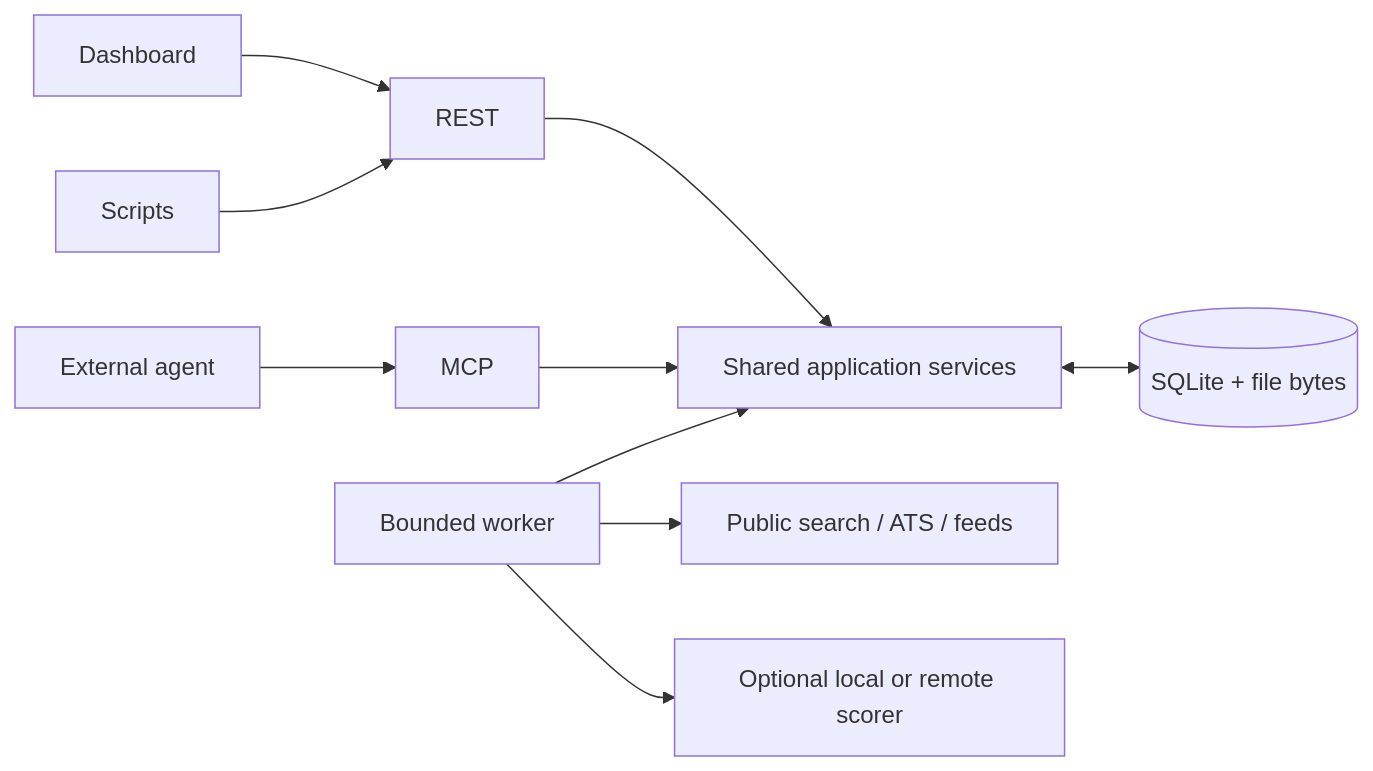
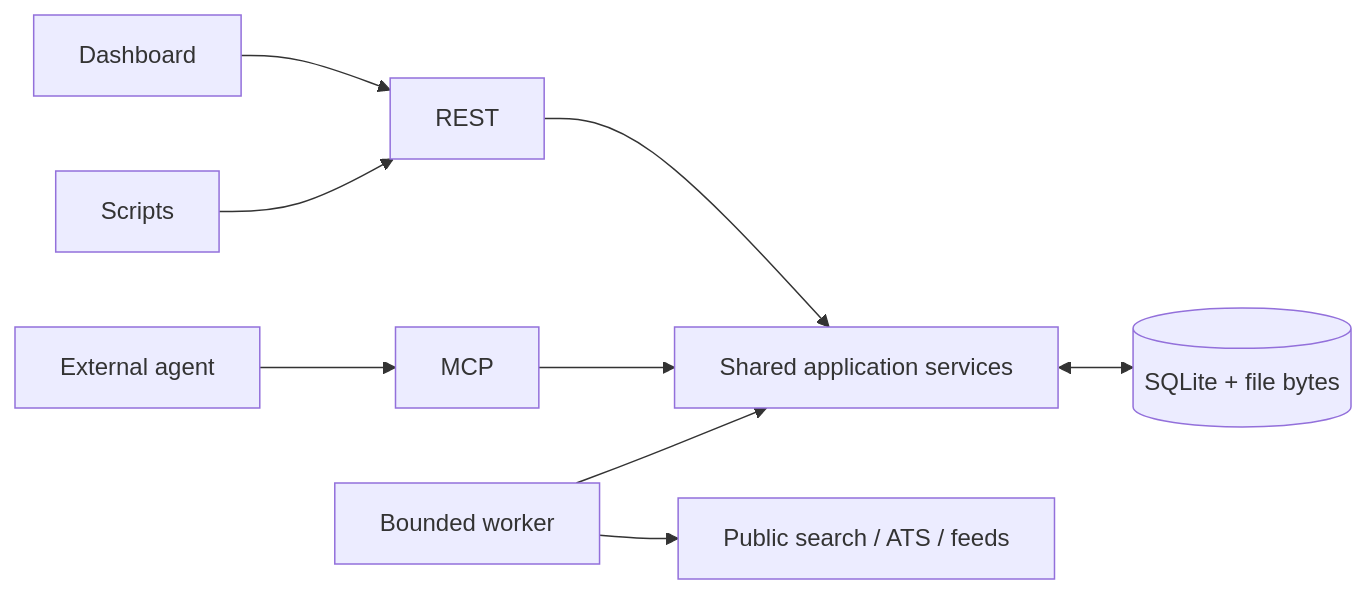
The diagram in docs/developer/architecture.md (VincenzoImp/openings), drawn with Mermaid before and after one commit. The commit also changed other lines of this file and 69 other files, not shown here.

````diff
--- a/docs/developer/architecture.md
+++ b/docs/developer/architecture.md
@@ -7,12 +6,11 @@
 ```mermaid
 flowchart LR
   Human[Dashboard] --> REST
   Scripts --> REST
   Agent[External agent] --> MCP
   REST --> Services[Shared application services]
   MCP --> Services
   Services <--> DB[(SQLite + file bytes)]
   Worker[Bounded worker] --> Services
   Worker --> Sources[Public search / ATS / feeds]
-  Worker --> Scorer[Optional local or remote scorer]
 ```
````
